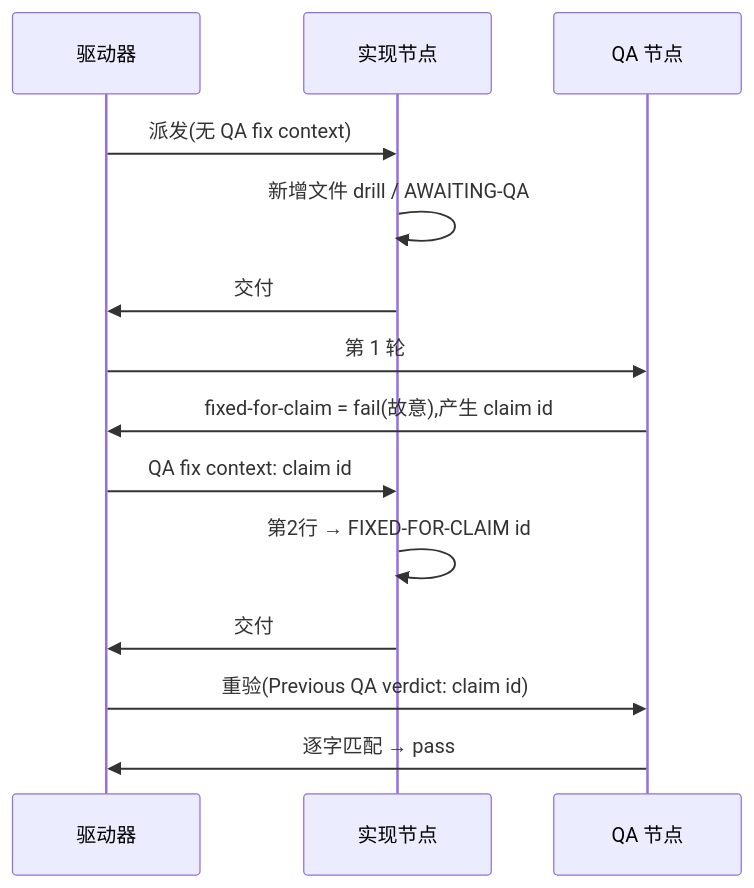
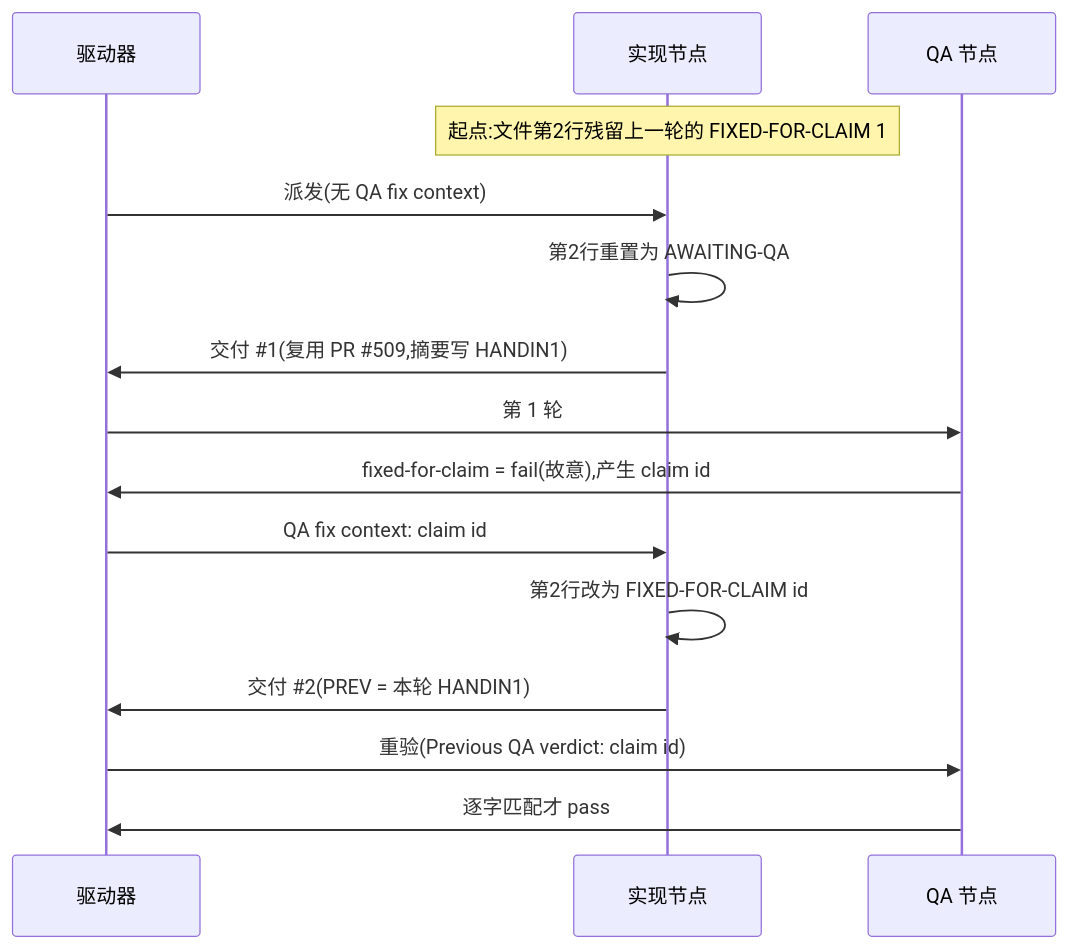
The diagram in engineering/doc/FLY-3150-real-runner-drill/d1-core-flow.mmd (xrliAnnie/flywheel-qa-sandbox), drawn with Mermaid before and after one commit. The commit also changed 5 other files, not shown here.

```diff
--- a/engineering/doc/FLY-3150-real-runner-drill/d1-core-flow.mmd
+++ b/engineering/doc/FLY-3150-real-runner-drill/d1-core-flow.mmd
@@ -1,14 +1,15 @@
 sequenceDiagram
     participant D as 驱动器
     participant I as 实现节点
     participant Q as QA 节点
+    Note over I: 起点:文件第2行残留上一轮的 FIXED-FOR-CLAIM 1
     D->>I: 派发(无 QA fix context)
-    I->>I: 新增文件 drill / AWAITING-QA
-    I->>D: 交付 #1(PR 级范围断言通过)
+    I->>I: 第2行重置为 AWAITING-QA
+    I->>D: 交付 #35;1(复用 PR #35;509,摘要写 HANDIN1)
     D->>Q: 第 1 轮
     Q->>D: fixed-for-claim = fail(故意),产生 claim id
     D->>I: QA fix context: claim id
-    I->>I: 第2行 → FIXED-FOR-CLAIM id
-    I->>D: 交付 #2
+    I->>I: 第2行改为 FIXED-FOR-CLAIM id
+    I->>D: 交付 #35;2(PREV = 本轮 HANDIN1)
     D->>Q: 重验(Previous QA verdict: claim id)
-    Q->>D: 逐字匹配 → pass
+    Q->>D: 逐字匹配才 pass
```
